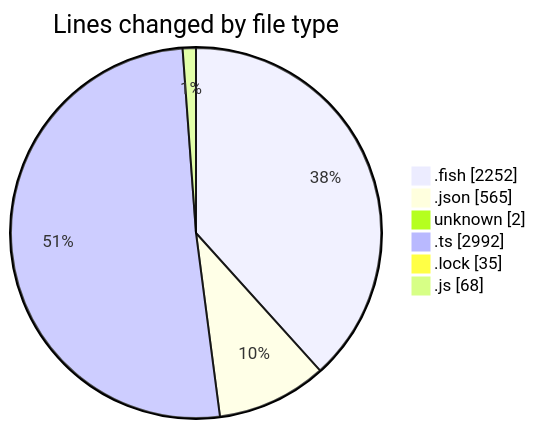
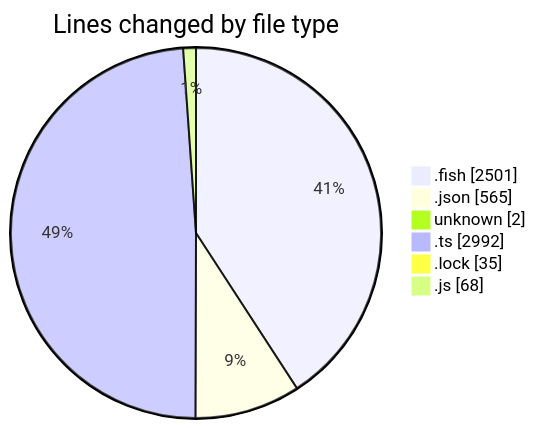
Before and after one commit to EIIisD/code-tracking: the first of 2 diagrams in 2025-07-12/fish/README.md, drawn with Mermaid. The commit also changed other lines of this file and 1 other file, not shown here.

````diff
--- a/2025-07-12/fish/README.md
+++ b/2025-07-12/fish/README.md
@@ -151,10 +154,10 @@
 ```mermaid
 pie showData
 title Lines changed by file type
-".fish" : 2252
+".fish" : 2501
 ".json" : 565
 "unknown" : 2
 ".ts" : 2992
 ".lock" : 35
 ".js" : 68
 ```
````
